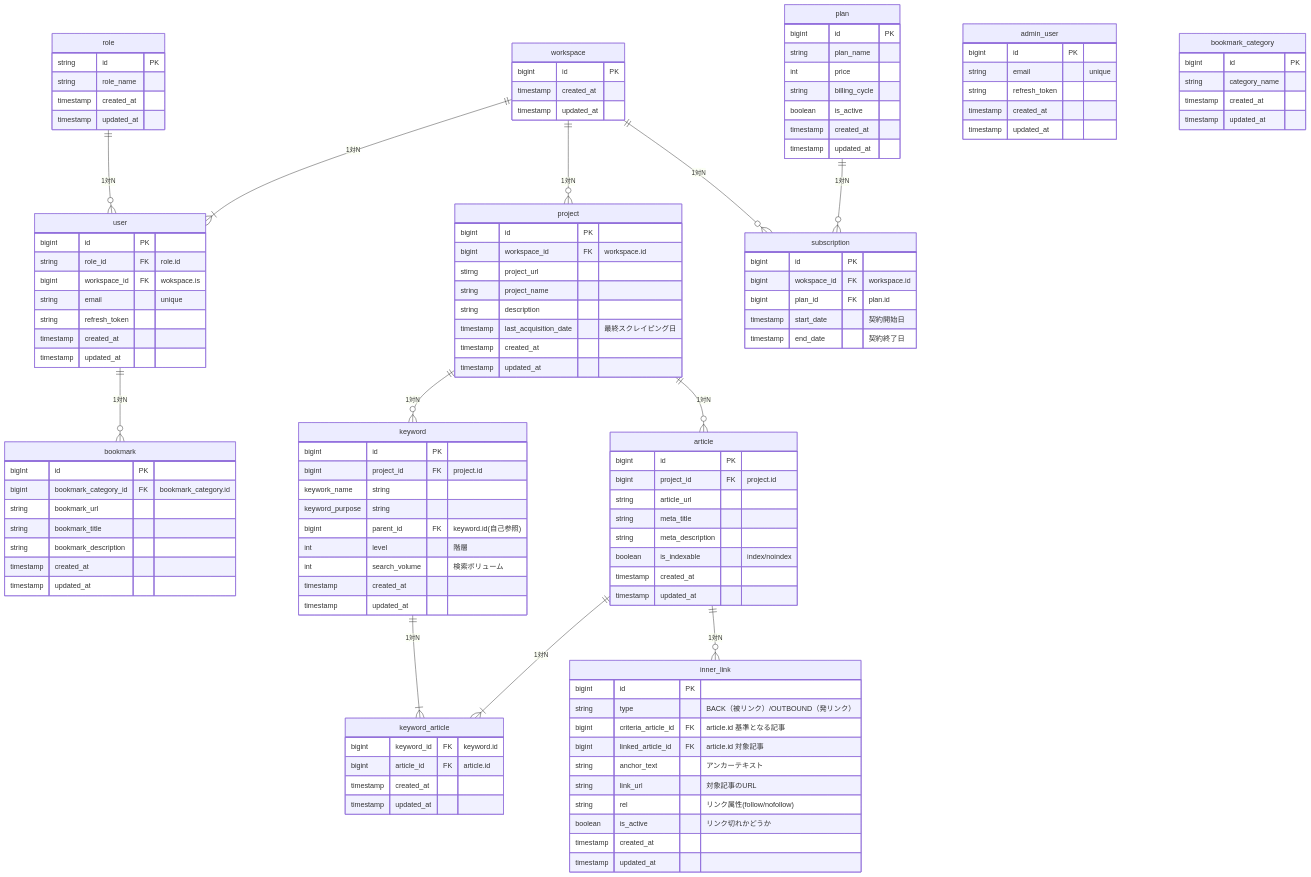
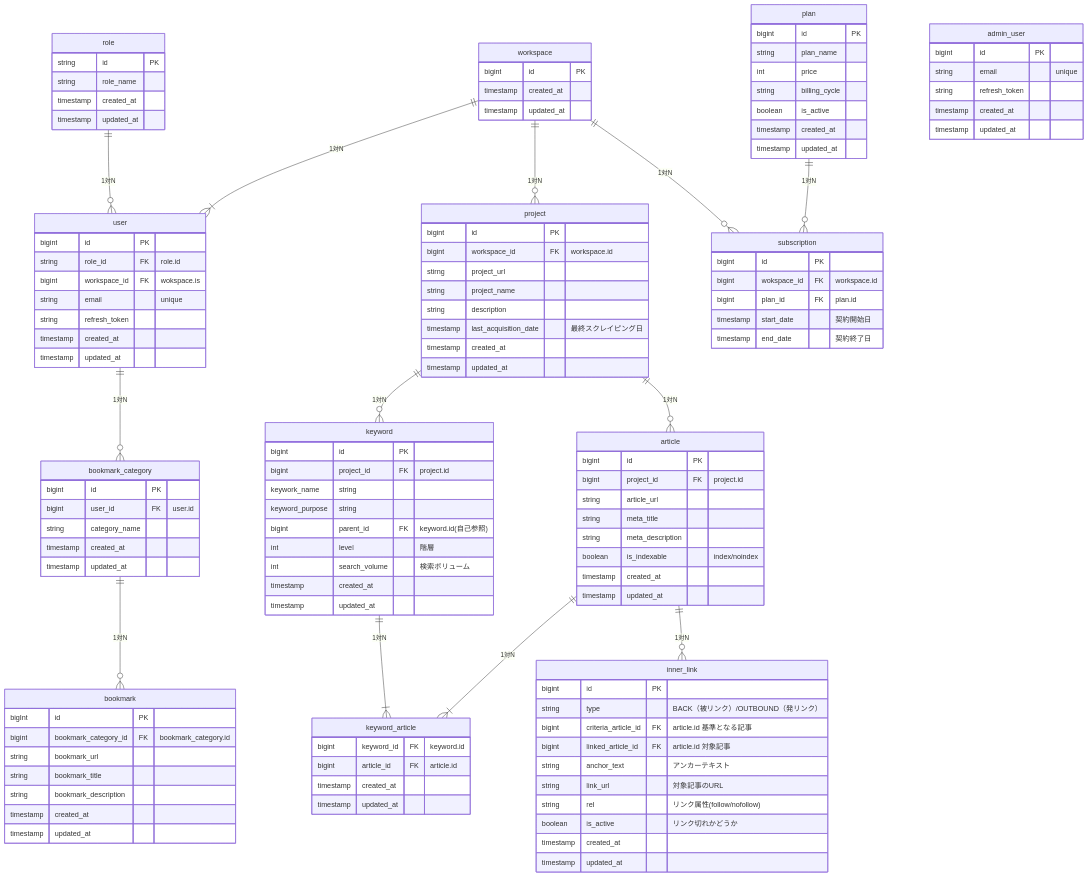
One commit to lynx-service/lynx-core changed the diagram in docs/db/design.md. Above: the diagram before and after it, drawn with Mermaid.

```diff
--- a/docs/db/design.md
+++ b/docs/db/design.md
@@ -5,7 +5,8 @@
   workspace ||--o{ subscription : "1対N"
   plan ||--o{ subscription : "1対N"
   role ||--o{ user : "1対N"
-  user ||--o{ bookmark : "1対N"
+  user ||--o{ bookmark_category : "1対N"
+  bookmark_category ||--o{ bookmark : "1対N"
   project ||--o{ keyword: "1対N"
   project ||--o{ article: "1対N"
   keyword ||--|{ keyword_article: "1対N"
@@ -70,6 +71,7 @@
   %% ブックマークカテゴリ
   bookmark_category {
     bigint id PK
+    bigint user_id FK "user.id"
     string category_name
     timestamp created_at
     timestamp updated_at
```
